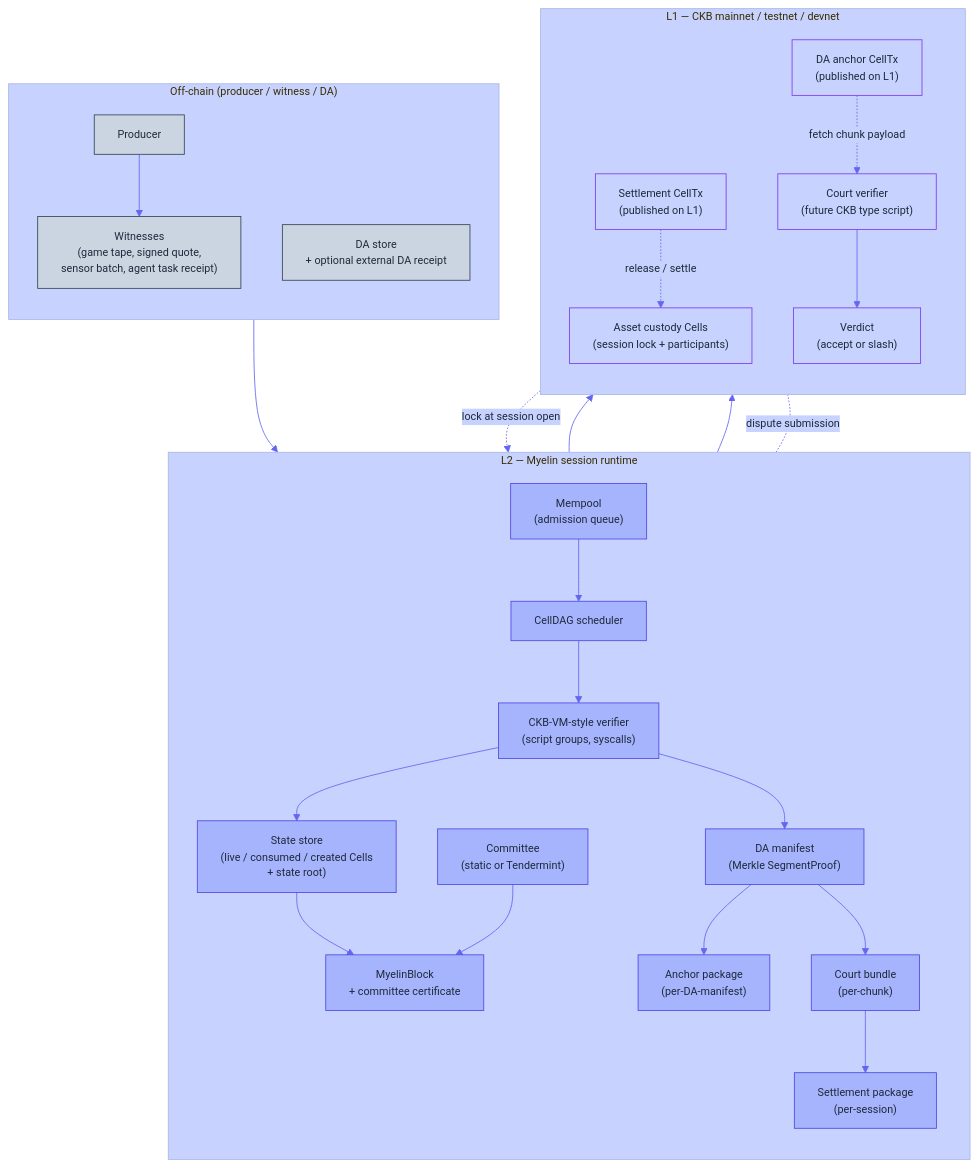
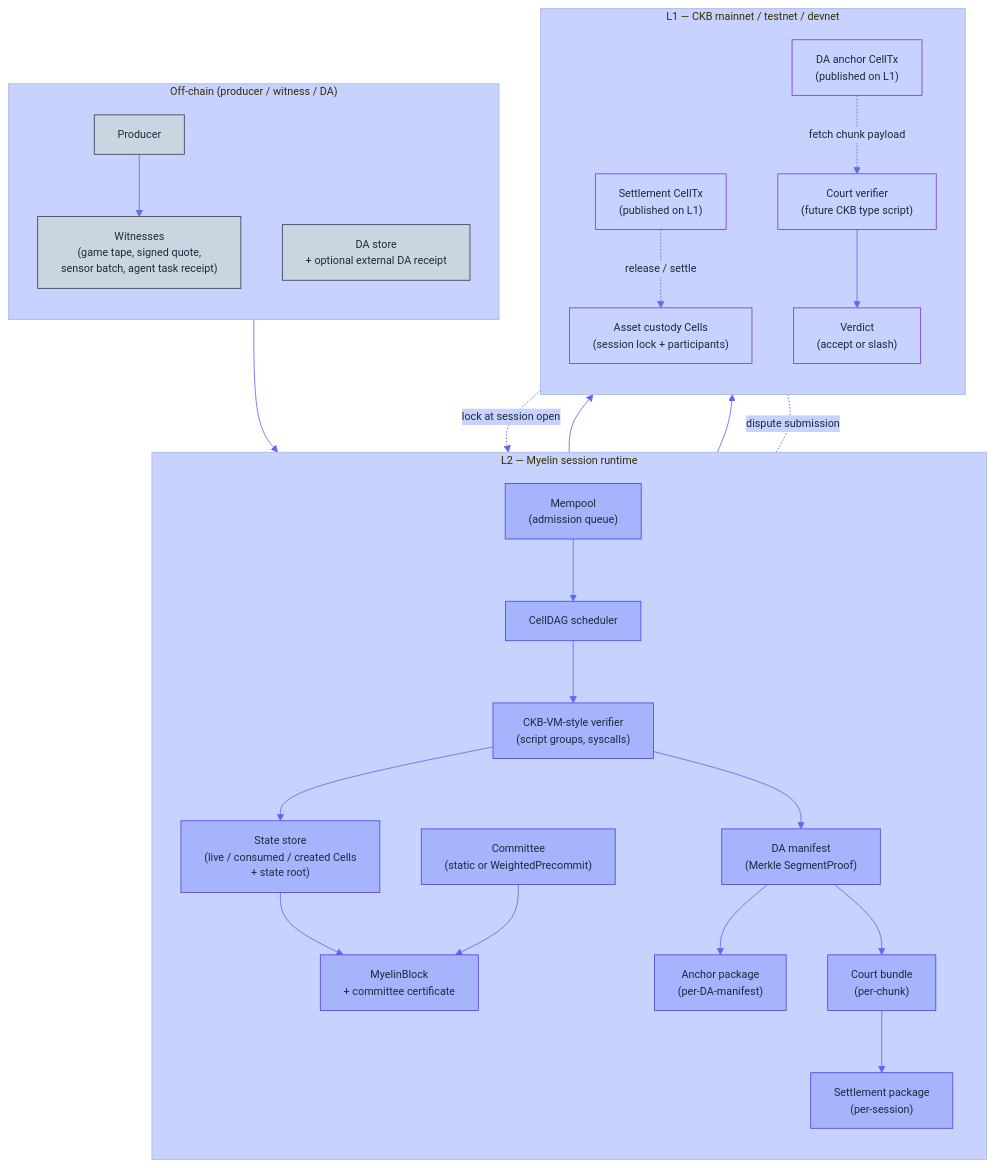
One commit to Myelin-Labs/Myelin changed the first of 2 diagrams in docs/interactions/l1-l2-offchain.md. Above: the diagram before and after it, drawn with Mermaid. The commit also changed 808 other files, not shown here.

````diff
--- a/docs/interactions/l1-l2-offchain.md
+++ b/docs/interactions/l1-l2-offchain.md
@@ -10,69 +10,69 @@
 ```mermaid
 %%{init: {
   "theme": "base",
   "themeVariables": {
     "primaryColor": "#A5B4FC",
     "primaryTextColor": "#1E293B",
     "primaryBorderColor": "#4F46E5",
     "lineColor": "#6366F1",
     "secondaryColor": "#C7D2FE",
     "tertiaryColor": "#C7D2FE",
     "fontFamily": "Inter, system-ui, sans-serif",
     "fontSize": "13px"
   },
   "flowchart": { "curve": "basis", "padding": 14 }
 }}%%
 flowchart TB
     subgraph OFF["Off-chain (producer / witness / DA)"]
         direction TB
         PR["Producer"]:::off
         WT["Witnesses<br/>(game tape, signed quote,<br/>sensor batch, agent task receipt)"]:::off
         DA["DA store<br/>+ optional external DA receipt"]:::off
     end
 
     subgraph L2["L2 — Myelin session runtime"]
         direction TB
         MP["Mempool<br/>(admission queue)"]:::l2
         SC["CellDAG scheduler"]:::l2
         EX["CKB-VM-style verifier<br/>(script groups, syscalls)"]:::l2
         ST["State store<br/>(live / consumed / created Cells<br/>+ state root)"]:::l2
         DM["DA manifest<br/>(Merkle SegmentProof)"]:::l2
-        CO["Committee<br/>(static or Tendermint)"]:::l2
+        CO["Committee<br/>(static or WeightedPrecommit)"]:::l2
         BL["MyelinBlock<br/>+ committee certificate"]:::l2
         CB["Court bundle<br/>(per-chunk)"]:::l2
         SP["Settlement package<br/>(per-session)"]:::l2
         AP["Anchor package<br/>(per-DA-manifest)"]:::l2
     end
 
     subgraph L1["L1 — CKB mainnet / testnet / devnet"]
         direction TB
         CU["Asset custody Cells<br/>(session lock + participants)"]:::l1
         DA_L1["DA anchor CellTx<br/>(published on L1)"]:::l1
         ST_L1["Settlement CellTx<br/>(published on L1)"]:::l1
         CV["Court verifier<br/>(future CKB type script)"]:::l1
         VERDICT["Verdict<br/>(accept or slash)"]:::l1
     end
 
     %% Off-chain to L2
     PR --> WT --> MP
     MP --> SC --> EX --> ST
     ST --> BL
     CO --> BL
     EX --> DM
     DM --> AP
     AP --> DA_L1
     DM --> CB
     CB --> SP
     SP --> ST_L1
 
     %% L2 to L1 (custody + dispute)
     CU -. lock at session open .-> MP
     ST_L1 -. release / settle .-> CU
     DA_L1 -. fetch chunk payload .-> CV
     CB  -. dispute submission .- CV
     CV --> VERDICT
 
     classDef off fill:#CBD5E1,stroke:#334155,color:#1E293B;
     classDef l2  fill:#A5B4FC,stroke:#4F46E5,color:#1E293B;
     classDef l1  fill:#C7D2FE,stroke:#7C3AED,color:#1E293B;
 ```
````
